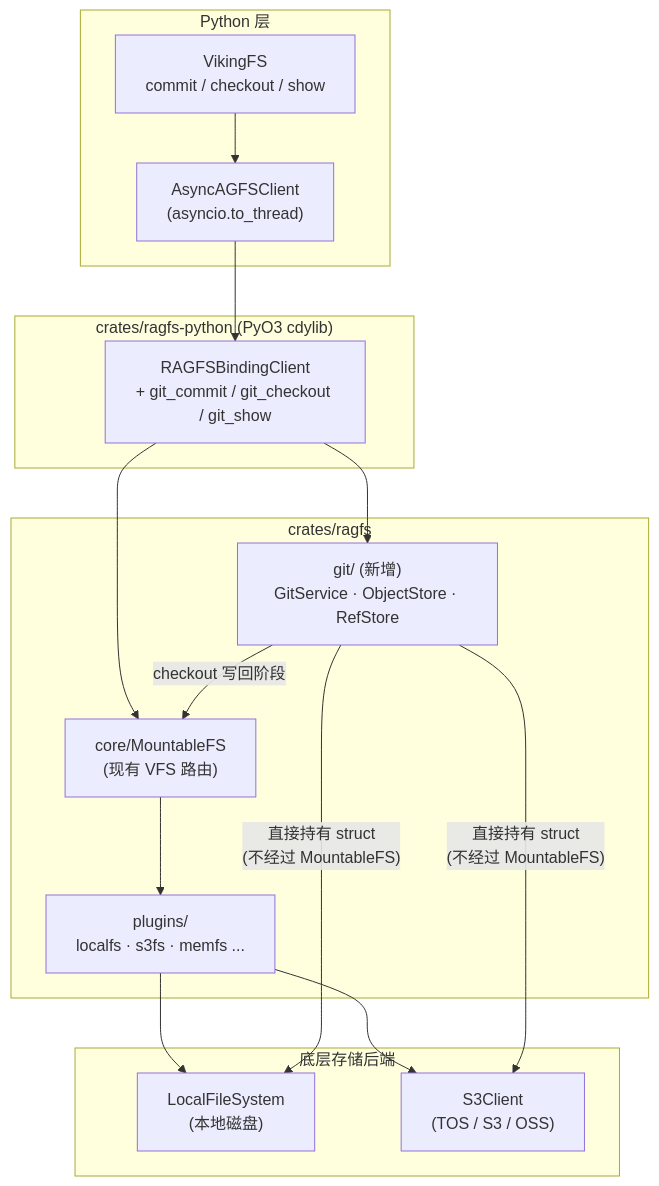
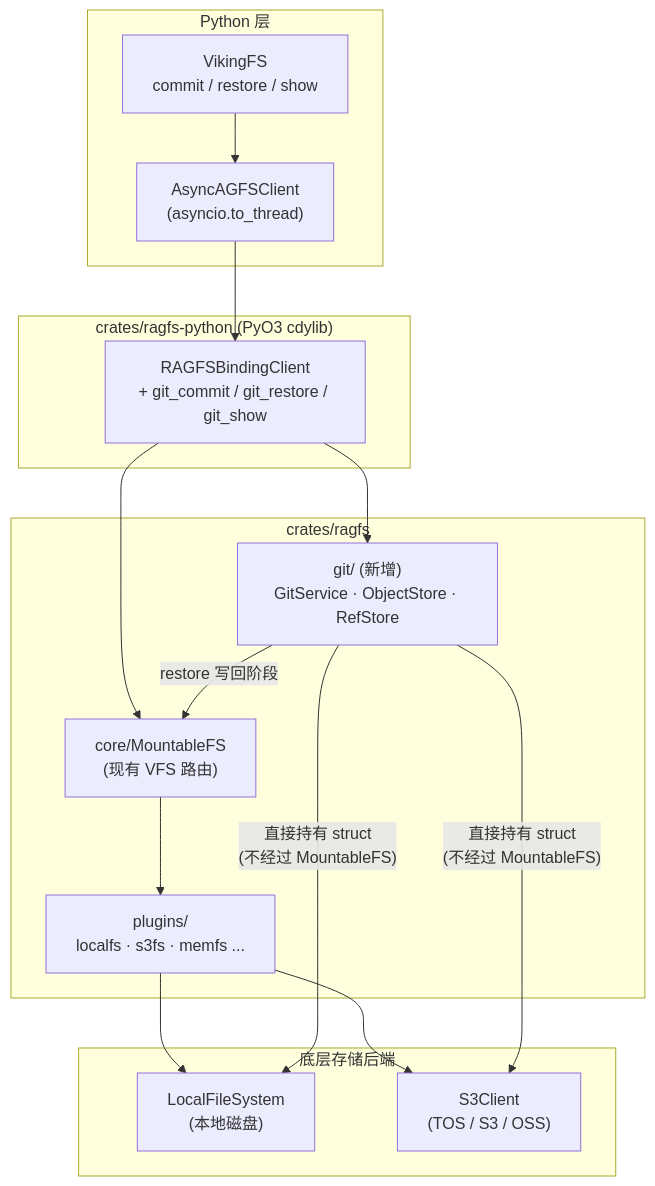
One commit to CrazyForks/OpenViking changed the first of 3 diagrams in docs/design/git-version-control-design.md. Above: the diagram before and after it, drawn with Mermaid. The commit also changed other lines of this file and 15 other files, not shown here.

````diff
--- a/docs/design/git-version-control-design.md
+++ b/docs/design/git-version-control-design.md
@@ -48,43 +52,43 @@
 ```mermaid
 flowchart TB
     subgraph Py[Python 层]
         VFS["VikingFS
-commit / checkout / show"]
+commit / restore / show"]
         Async["AsyncAGFSClient
 (asyncio.to_thread)"]
     end
 
     subgraph BindCrate["crates/ragfs-python (PyO3 cdylib)"]
         RBC["RAGFSBindingClient
-+ git_commit / git_checkout / git_show"]
++ git_commit / git_restore / git_show"]
     end
 
     subgraph CoreCrate[crates/ragfs]
         MFS["core/MountableFS
 (现有 VFS 路由)"]
         Plugins["plugins/
 localfs · s3fs · memfs ..."]
         GitMod["git/ (新增)
 GitService · ObjectStore · RefStore"]
     end
 
     subgraph Backends[底层存储后端]
         Local["LocalFileSystem
 (本地磁盘)"]
         S3["S3Client
 (TOS / S3 / OSS)"]
     end
 
     VFS --> Async
     Async --> RBC
     RBC --> MFS
     RBC --> GitMod
-    GitMod -- "checkout 写回阶段" --> MFS
+    GitMod -- "restore 写回阶段" --> MFS
     MFS --> Plugins
     Plugins --> Local
     Plugins --> S3
     GitMod -- "直接持有 struct
 (不经过 MountableFS)" --> Local
     GitMod -- "直接持有 struct
 (不经过 MountableFS)" --> S3
 ```
````
